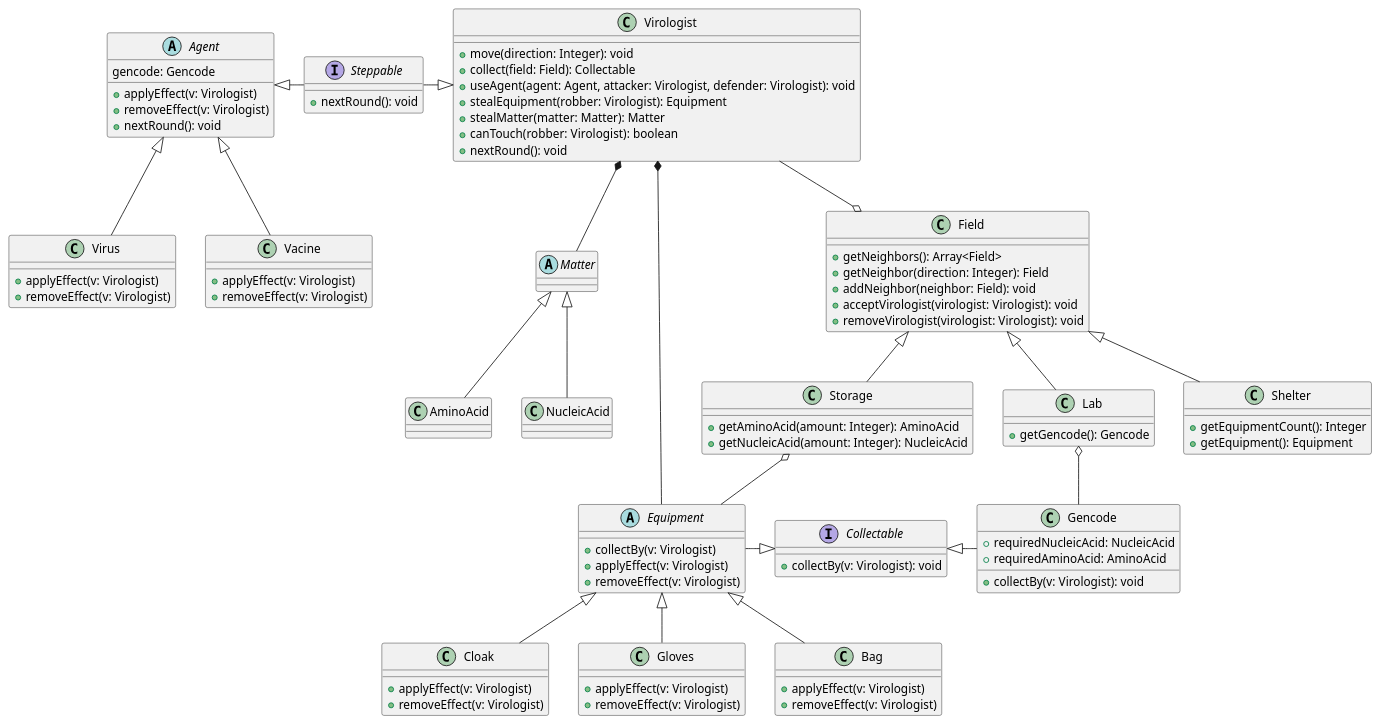
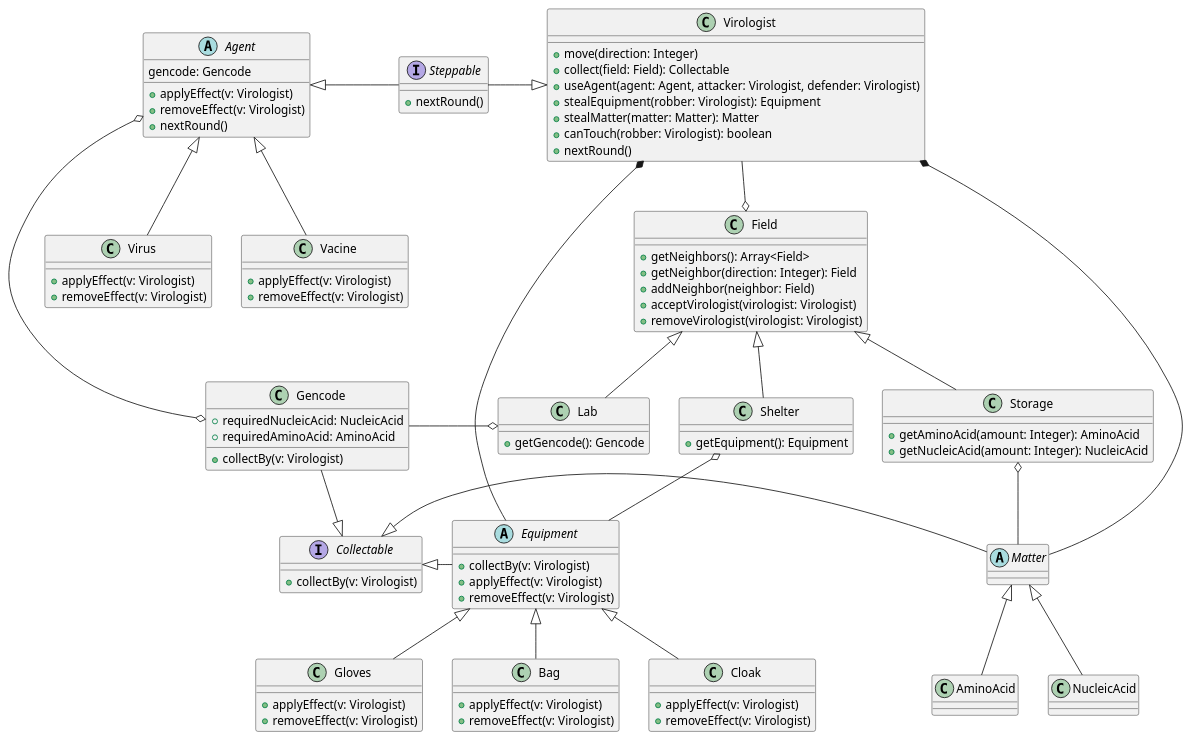
The diagram in class-diagram/main-diagram.puml (Projlab-csb/projlab-virologus), drawn with PlantUML before and after one commit.

Commit message:
[wip]: Refactor class diagram

```diff
--- a/class-diagram/main-diagram.puml
+++ b/class-diagram/main-diagram.puml
@@ -1,120 +1,125 @@
 @startuml
 
 interface Steppable{
     'Invoked at the start of the next Round eg. reduce the Agent's lifetime
-    +nextRound(): void
+    +nextRound()
 }
 
 interface Collectable{
-    +collectBy(v: Virologist): void
+    +collectBy(v: Virologist)
 }
 
 class Field{
- +getNeighbors(): Array<Field>
- +getNeighbor(direction: Integer): Field
- +addNeighbor(neighbor: Field): void
- +acceptVirologist(virologist: Virologist): void
- +removeVirologist(virologist: Virologist): void
+    +getNeighbors(): Array<Field>
+    +getNeighbor(direction: Integer): Field
+    +addNeighbor(neighbor: Field)
+    +acceptVirologist(virologist: Virologist)
+    +removeVirologist(virologist: Virologist)
 }
 
 class Lab{
     +getGencode(): Gencode
 }
+
 class Storage{
     +getAminoAcid(amount: Integer): AminoAcid
     +getNucleicAcid(amount: Integer): NucleicAcid
 }
+
 class Shelter{
-    +getEquipmentCount(): Integer
+    '+getEquipmentCount(): Integer
     +getEquipment(): Equipment
 }
 
 class Virologist {
-    +move(direction: Integer): void
+    +move(direction: Integer)
     +collect(field: Field): Collectable
-    +useAgent(agent: Agent, attacker: Virologist, defender: Virologist): void
+    +useAgent(agent: Agent, attacker: Virologist, defender: Virologist)
     +stealEquipment(robber: Virologist): Equipment
     +stealMatter(matter: Matter): Matter
     +canTouch(robber: Virologist): boolean
-    +nextRound(): void
+    +nextRound()
 }
 
 abstract class Matter {
 
 }
 
 class AminoAcid
 class NucleicAcid
 
 abstract class Equipment {
     +collectBy(v: Virologist)
     +applyEffect(v: Virologist)
     +removeEffect(v: Virologist)
 }
 
 class Cloak{
     +applyEffect(v: Virologist)
     +removeEffect(v: Virologist)
 }
 
 class Gloves{
     +applyEffect(v: Virologist)
     +removeEffect(v: Virologist)
 }
 
 class Bag{
     +applyEffect(v: Virologist)
     +removeEffect(v: Virologist)
 }
 
 abstract class Agent{
     gencode: Gencode
     +applyEffect(v: Virologist)
     +removeEffect(v: Virologist)
-    +nextRound(): void
+    +nextRound()
 }
 
 class Virus{
     +applyEffect(v: Virologist)
     +removeEffect(v: Virologist)
 }
+
 class Vacine{
     +applyEffect(v: Virologist)
     +removeEffect(v: Virologist)
 }
 
 'This Gencode is basically the crafting receipt of the Agent
 class Gencode {
     +requiredNucleicAcid: NucleicAcid
     +requiredAminoAcid: AminoAcid
-    +collectBy(v: Virologist): void
+    +collectBy(v: Virologist)
 }
 
 Field <|-- Lab
 Field <|-- Storage
 Field <|-- Shelter
 
-Lab o-- Gencode
-Storage o-- Equipment
+Lab o- Gencode
+Shelter o-- Equipment
+Storage o-- Matter
 
 Virologist --o Field
 Virologist *-d- Matter
 Virologist *-d- Equipment
 Virologist <|-l Steppable
 
 Matter <|-- AminoAcid
 Matter <|-- NucleicAcid
 
 Equipment <|-- Cloak
 Equipment <|-- Gloves
 Equipment <|-- Bag
 
 Agent <|- Steppable
 Agent <|-- Virus
 Agent <|-- Vacine
+Agent o--o Gencode
 
-Collectable<|- Gencode
-Collectable <|-l Equipment
-
+Collectable <|-l Gencode
+Collectable <|- Equipment
+Collectable <|- Matter
 
 @enduml
```
